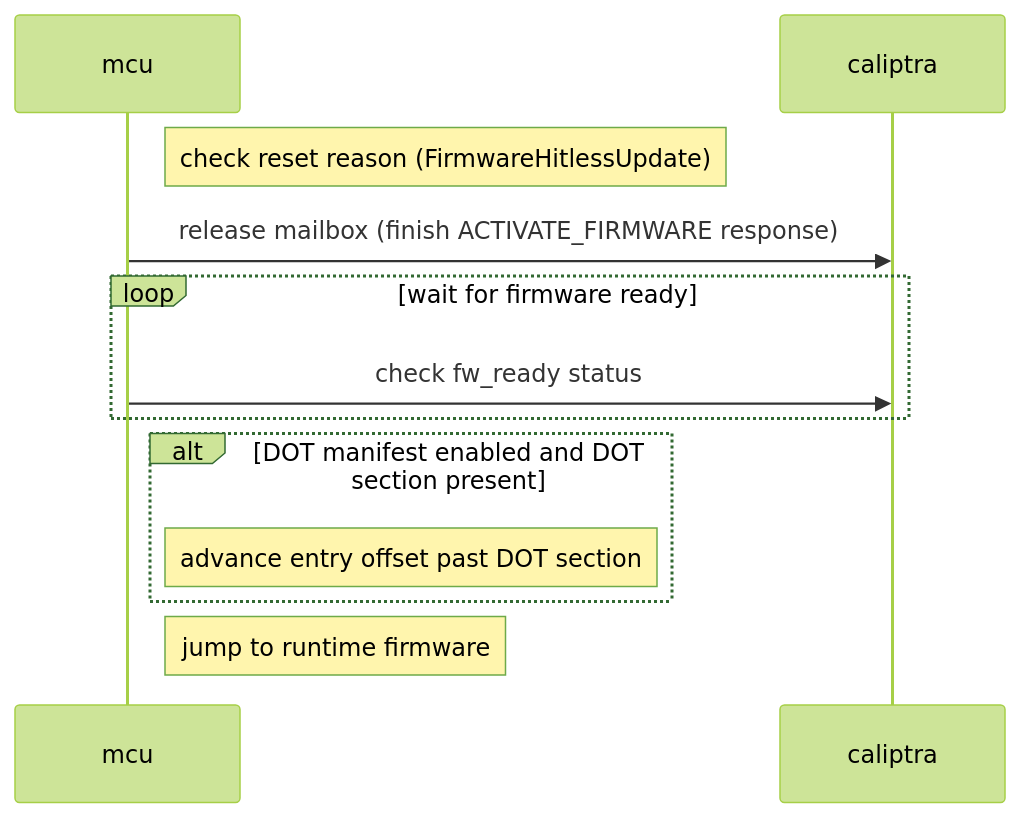
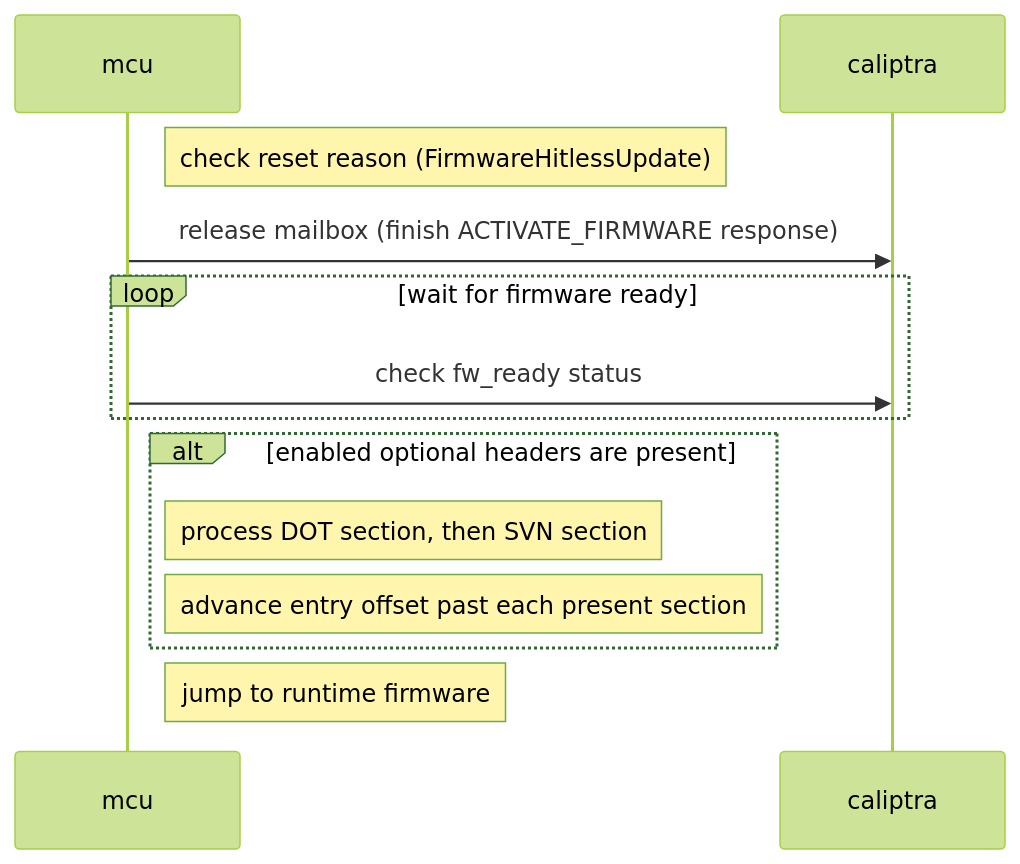
Before and after one commit to chipsalliance/caliptra-mcu-sw: the third of 4 diagrams in docs/src/rom.md, drawn with Mermaid (forest theme). The commit also changed other lines of this file and 7 other files, not shown here.

````diff
--- a/docs/src/rom.md
+++ b/docs/src/rom.md
@@ -181,12 +180,13 @@
 ```mermaid
 sequenceDiagram
     note right of mcu: check reset reason (FirmwareHitlessUpdate)
     mcu->>caliptra: release mailbox (finish ACTIVATE_FIRMWARE response)
     loop wait for firmware ready
         mcu->>caliptra: check fw_ready status
     end
-    alt DOT manifest enabled and DOT section present
-        note right of mcu: advance entry offset past DOT section
+    alt enabled optional headers are present
+        note right of mcu: process DOT section, then SVN section
+        note right of mcu: advance entry offset past each present section
     end
     note right of mcu: jump to runtime firmware
 ```
````
